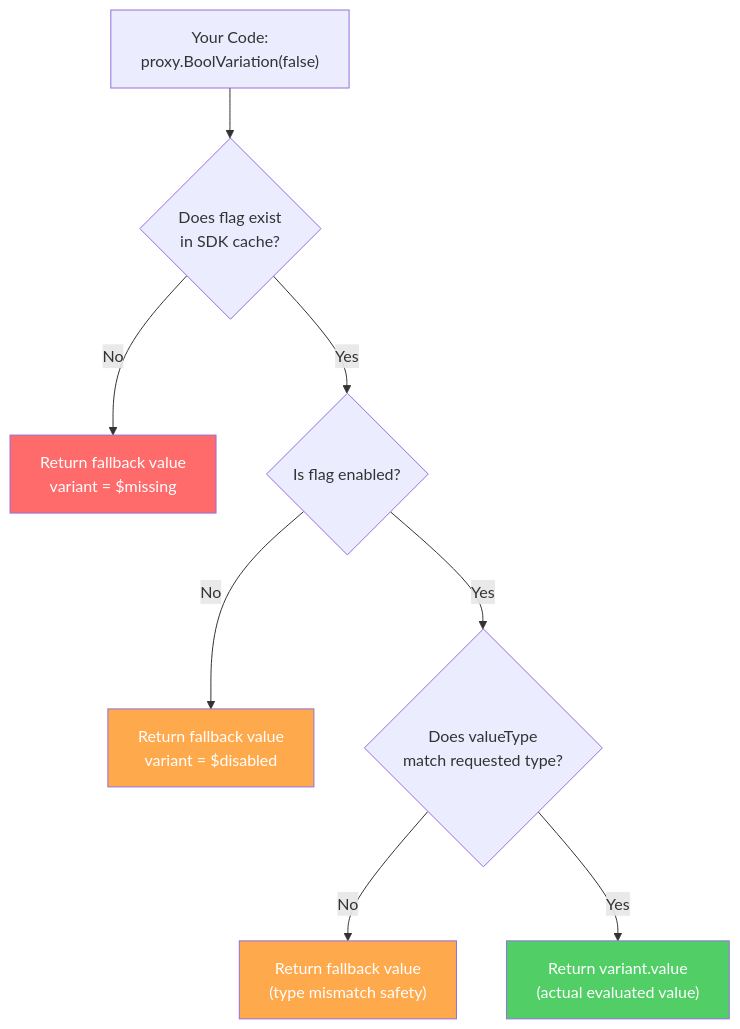
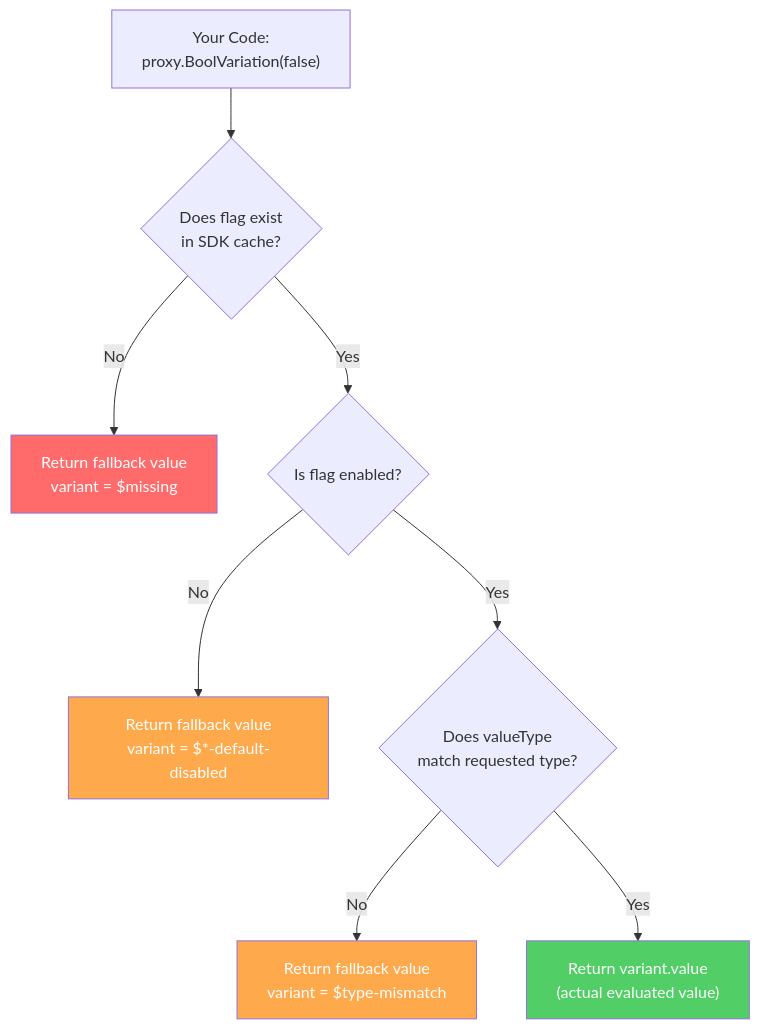
The third of 8 diagrams in packages/sdks/client-sdks/gatrix-unity-sdk/README.md (maxidea1024/gatrix), drawn with Mermaid before and after one commit. The commit also changed other lines of this file and 1 other file, not shown here.

Commit message:
docs(unity-sdk): fix variant names and add Variation API signatures with fallbackValue explanation

````diff
--- a/packages/sdks/client-sdks/gatrix-unity-sdk/README.md
+++ b/packages/sdks/client-sdks/gatrix-unity-sdk/README.md
@@ -115,15 +126,15 @@
 ```mermaid
 flowchart TD
     A["Your Code:<br/>proxy.BoolVariation(false)"] --> B{"Does flag exist<br/>in SDK cache?"}
     B -->|No| C["Return fallback value<br/>variant = $missing"]
     B -->|Yes| D{"Is flag enabled?"}
-    D -->|No| E["Return fallback value<br/>variant = $disabled"]
+    D -->|No| E["Return fallback value<br/>variant = $*-default-disabled"]
     D -->|Yes| F{"Does valueType<br/>match requested type?"}
-    F -->|No| G["Return fallback value<br/>(type mismatch safety)"]
+    F -->|No| G["Return fallback value<br/>variant = $type-mismatch"]
     F -->|Yes| H["Return variant.value<br/>(actual evaluated value)"]
 
     style C fill:#ff6b6b,color:#fff
     style E fill:#ffa94d,color:#fff
     style G fill:#ffa94d,color:#fff
     style H fill:#51cf66,color:#fff
 ```
````
